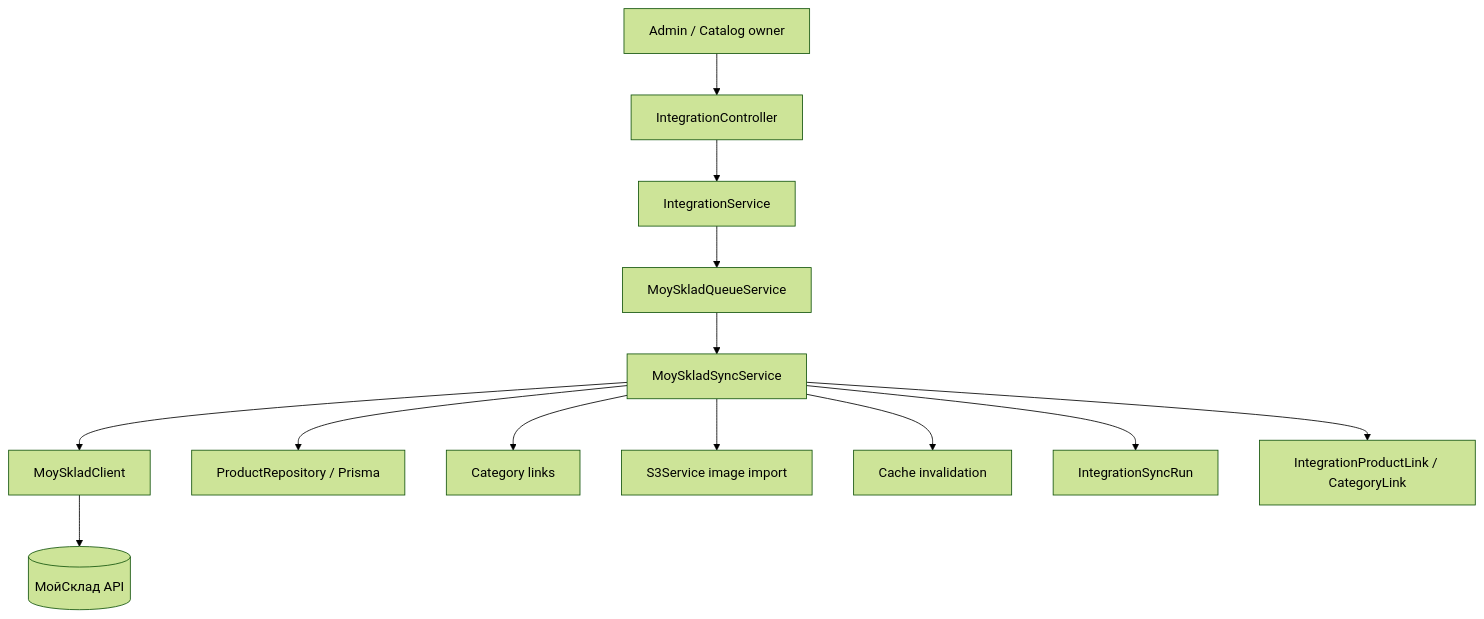
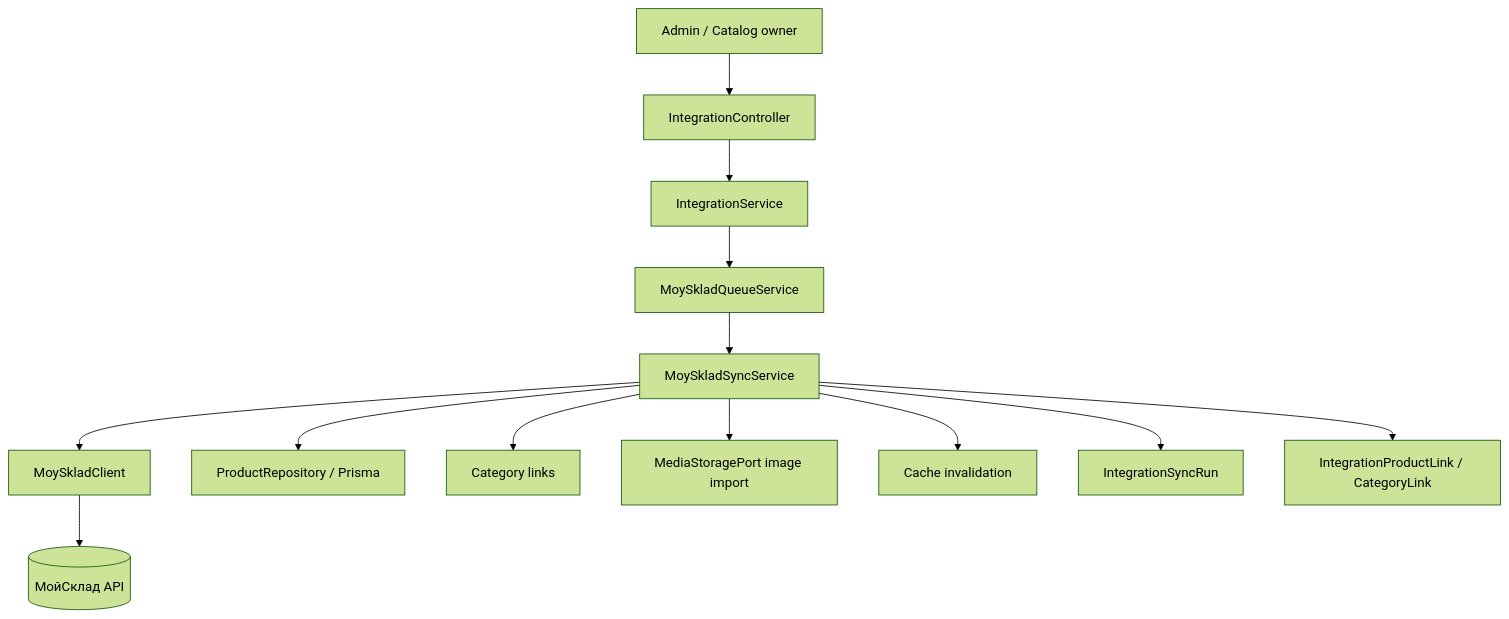
Diagram 14 of 21 in docs/catalog-backend-work-summary-obsidian.md (arsamurzaev/core-backend), drawn with Mermaid (forest theme) before and after one commit. The commit also changed other lines of this file and 133 other files, not shown here.

````diff
--- a/docs/catalog-backend-work-summary-obsidian.md
+++ b/docs/catalog-backend-work-summary-obsidian.md
@@ -717,15 +790,15 @@
 ```mermaid
 flowchart TD
     Admin[Admin / Catalog owner] --> API[IntegrationController]
     API --> Service[IntegrationService]
     Service --> Queue[MoySkladQueueService]
     Queue --> Sync[MoySkladSyncService]
     Sync --> Client[MoySkladClient]
     Client --> MoySklad[(МойСклад API)]
     Sync --> Product[ProductRepository / Prisma]
     Sync --> Category[Category links]
-    Sync --> S3[S3Service image import]
+    Sync --> S3[MediaStoragePort image import]
     Sync --> Cache[Cache invalidation]
     Sync --> Runs[IntegrationSyncRun]
     Sync --> Links[IntegrationProductLink / CategoryLink]
 ```
````
